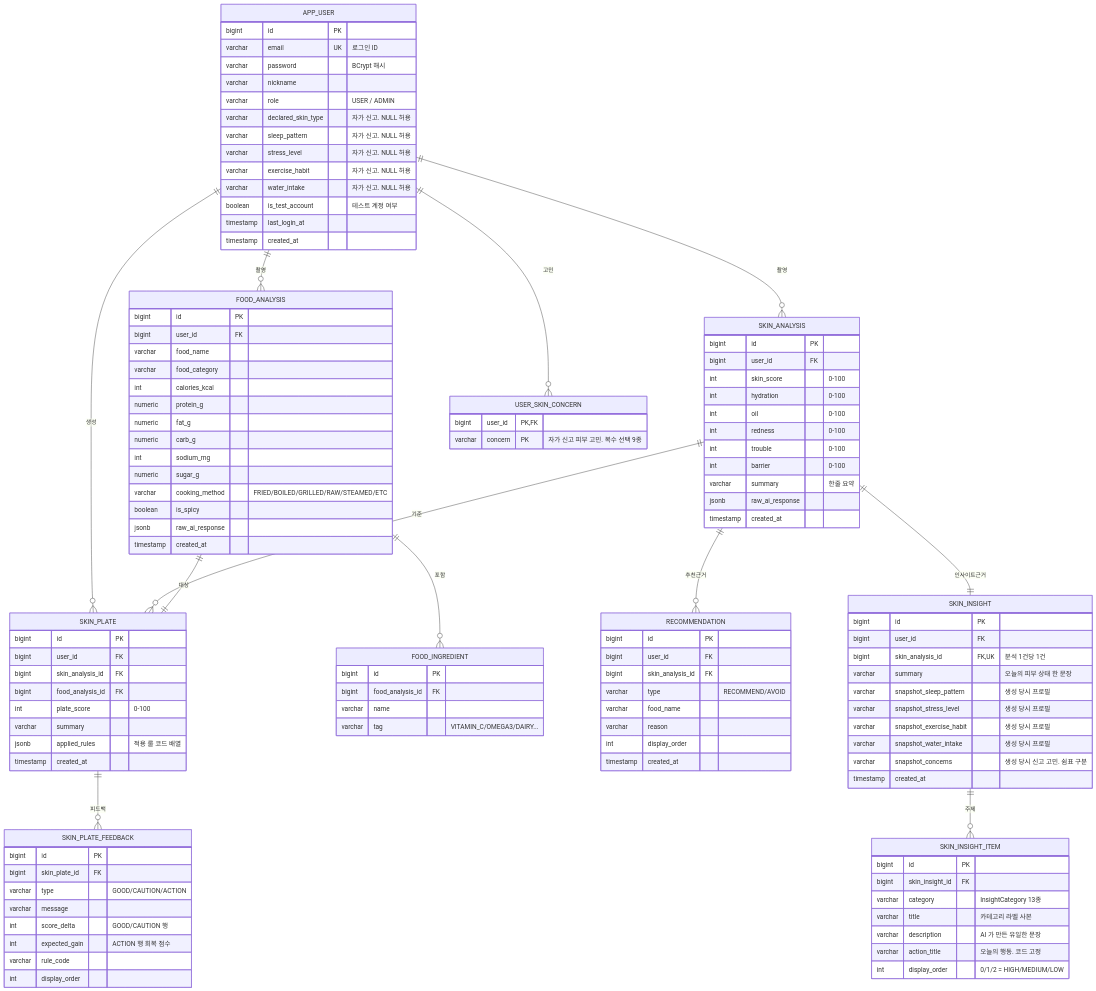
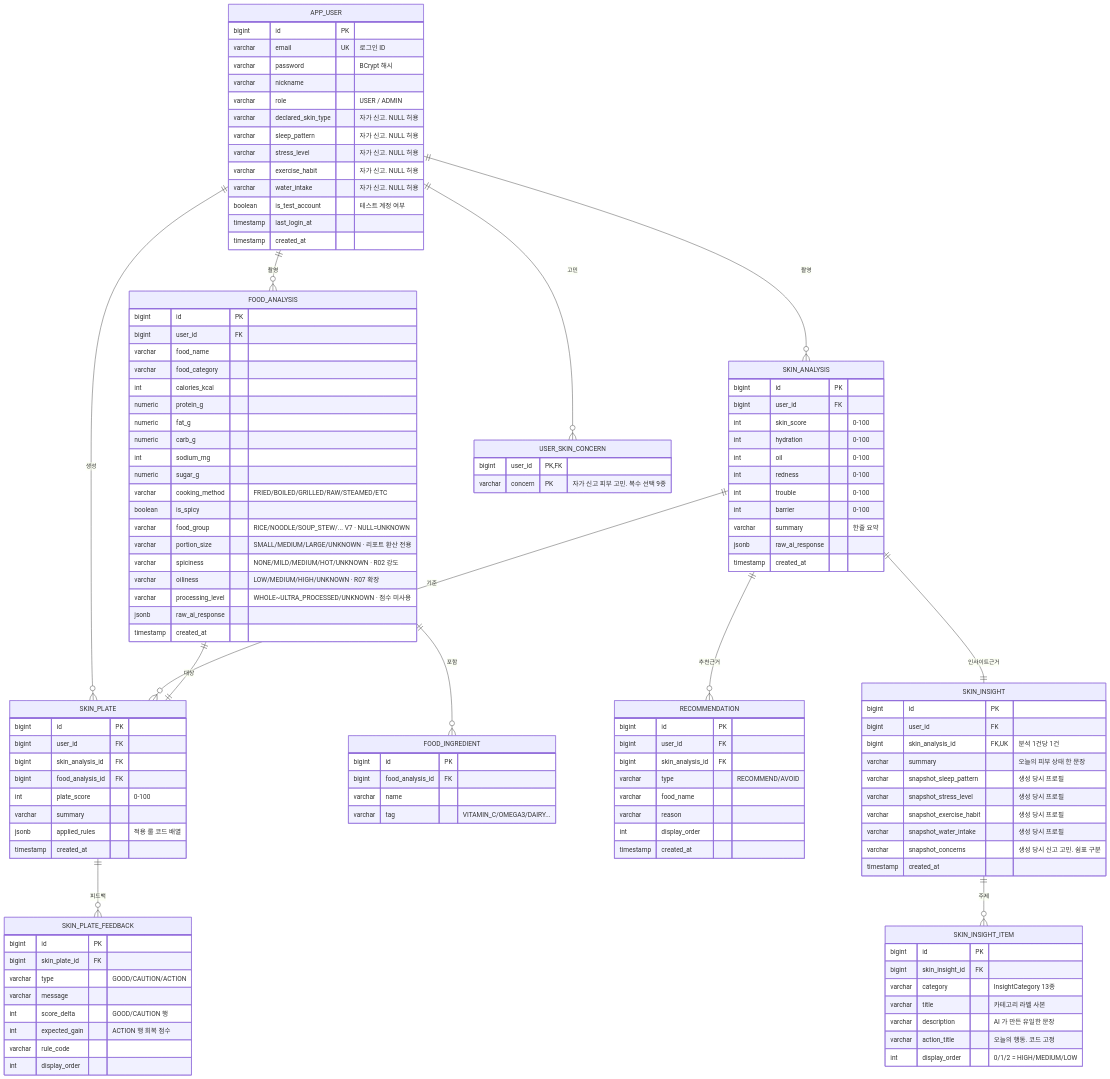
One commit to LikeLion-DU/Skinpick-backend changed the fourth of 8 diagrams in SkinPlate_PRD.md. Above: the diagram before and after it, drawn with Mermaid. The commit also changed other lines of this file and 23 other files, not shown here.

```diff
--- a/SkinPlate_PRD.md
+++ b/SkinPlate_PRD.md
@@ -1484,6 +1484,11 @@
         numeric sugar_g
         varchar cooking_method "FRIED/BOILED/GRILLED/RAW/STEAMED/ETC"
         boolean is_spicy
+        varchar food_group "RICE/NOODLE/SOUP_STEW/... V7 · NULL=UNKNOWN"
+        varchar portion_size "SMALL/MEDIUM/LARGE/UNKNOWN · 리포트 환산 전용"
+        varchar spiciness "NONE/MILD/MEDIUM/HOT/UNKNOWN · R02 강도"
+        varchar oiliness "LOW/MEDIUM/HIGH/UNKNOWN · R07 확장"
+        varchar processing_level "WHOLE~ULTRA_PROCESSED/UNKNOWN · 점수 미사용"
         jsonb raw_ai_response
         timestamp created_at
     }
```
